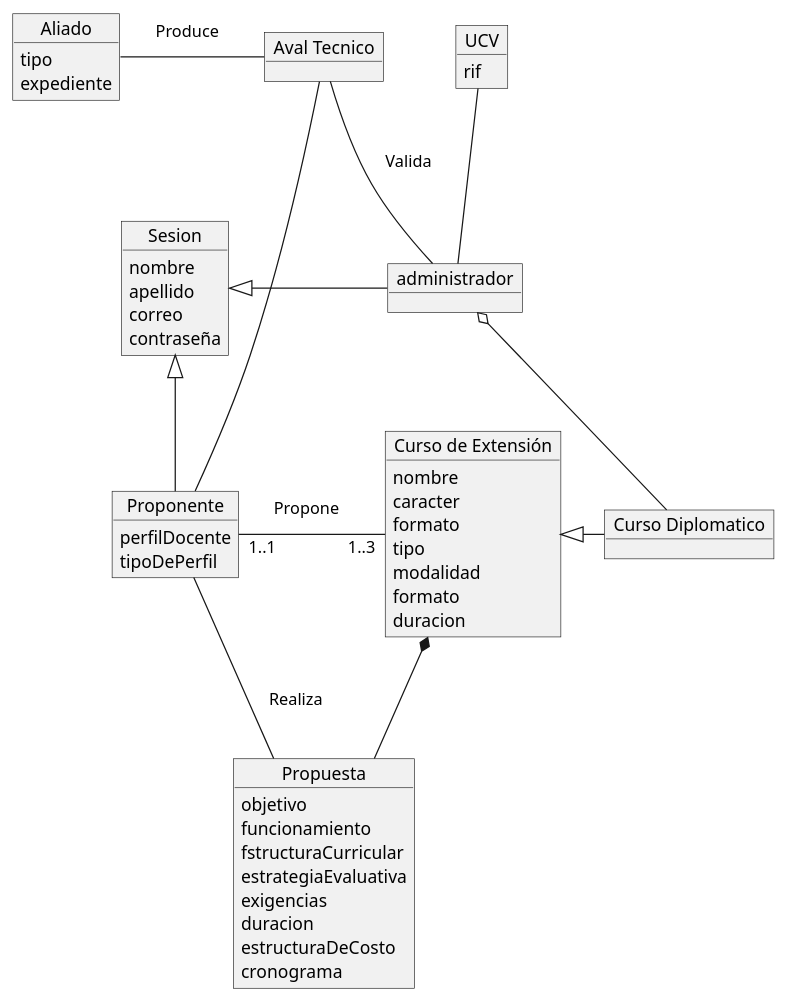
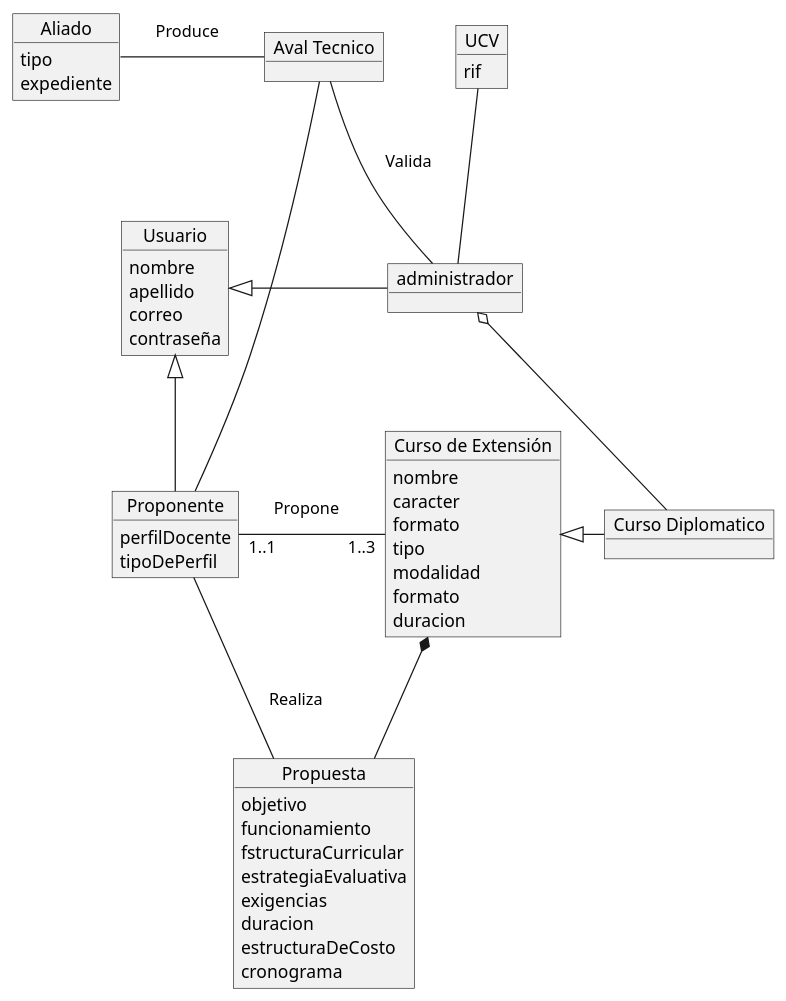
Before and after one commit to edwynG/Proyecto-ingenieria-del-software: the diagram in docs/scenariosView/ClassDiagrams.plantuml, drawn with PlantUML. The commit also changed 37 other files, not shown here.

```diff
--- a/docs/scenariosView/ClassDiagrams.plantuml
+++ b/docs/scenariosView/ClassDiagrams.plantuml
@@ -1,75 +1,75 @@
 @startuml ModeloDeDominio
 skinparam NoteBackgroundColor transparent
 skinparam NoteBorderColor transparent
-object Sesion{
+object Usuario{
     nombre
     apellido
     correo
     contraseña
 }
 
 object Proponente{
     perfilDocente
     tipoDePerfil
 
 }
 
 object Propuesta{
     objetivo
     funcionamiento
     fstructuraCurricular
     estrategiaEvaluativa
     exigencias
     duracion
     estructuraDeCosto
     cronograma
 }
 
 object Aliado{
     tipo
     expediente
 }
 
 object "Aval Tecnico" as AT{
 
 }
 object administrador {
 
 }
 
 object UCV{
     rif
 }
 
 object "Curso de Extensión" as CE{
     nombre
     caracter
     formato
     tipo
     modalidad
     formato
     duracion
 
 }
 
 object "Curso Diplomatico" as CD {
 
 }
 
-Sesion  <|--right administrador
+Usuario  <|--right administrador
 UCV -- administrador
 Proponente -- Propuesta
 note on link : Realiza
 CE *-- Propuesta
-Sesion <|--down Proponente
+Usuario <|--down Proponente
 Proponente --up AT
 Aliado --right AT
 note on link: Produce
 Proponente "1..1"-right---"1..3" CE
 note on link : Propone
 CE <|--right CD
 administrador o-- CD
 AT -- administrador
 note on link : Valida
 
 @enduml
```
